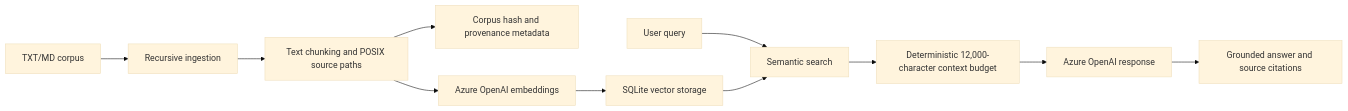
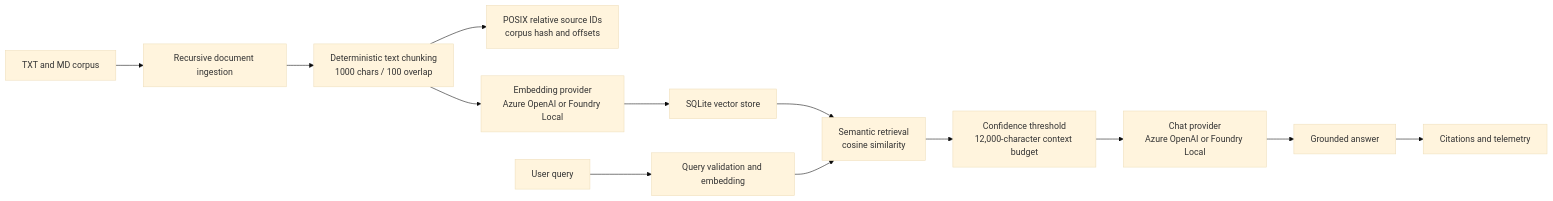
Before and after one commit to omrumcerenguler/foundry-rag-cloud: the first of 2 diagrams in README.md, drawn with Mermaid (base theme). The commit also changed other lines of this file, not shown here.

Commit message:
docs: comprehensive enterprise architecture and production showcase update in README

````diff
--- a/README.md
+++ b/README.md
@@ -26,13 +44,15 @@
 ```mermaid
 flowchart LR
-    D[TXT/MD corpus] --> I[Recursive ingestion]
-    I --> C[Text chunking and POSIX source paths]
-    C --> H[Corpus hash and provenance metadata]
-    C --> E[Azure OpenAI embeddings]
-    E --> S[SQLite vector storage]
-    Q[User query] --> SE[Semantic search]
-    S --> SE
-    SE --> B[Deterministic 12,000-character context budget]
-    B --> A[Azure OpenAI response]
-    A --> G[Grounded answer and source citations]
+    D[TXT and MD corpus] --> I[Recursive document ingestion]
+    I --> C[Deterministic text chunking<br/>1000 chars / 100 overlap]
+    C --> P[POSIX relative source IDs<br/>corpus hash and offsets]
+    C --> E[Embedding provider<br/>Azure OpenAI or Foundry Local]
+    E --> S[SQLite vector store]
+    Q[User query] --> QE[Query validation and embedding]
+    S --> R[Semantic retrieval<br/>cosine similarity]
+    QE --> R
+    R --> B[Confidence threshold<br/>12,000-character context budget]
+    B --> G[Chat provider<br/>Azure OpenAI or Foundry Local]
+    G --> A[Grounded answer]
+    A --> X[Citations and telemetry]
 ```
````
